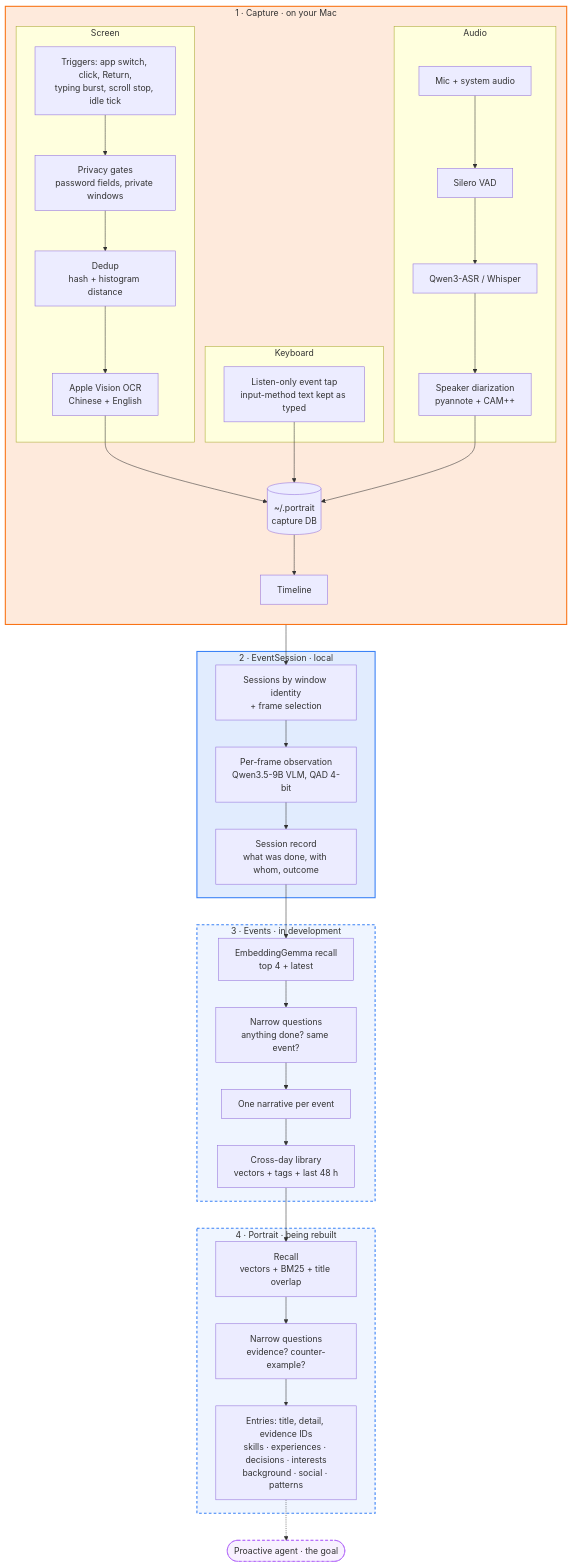
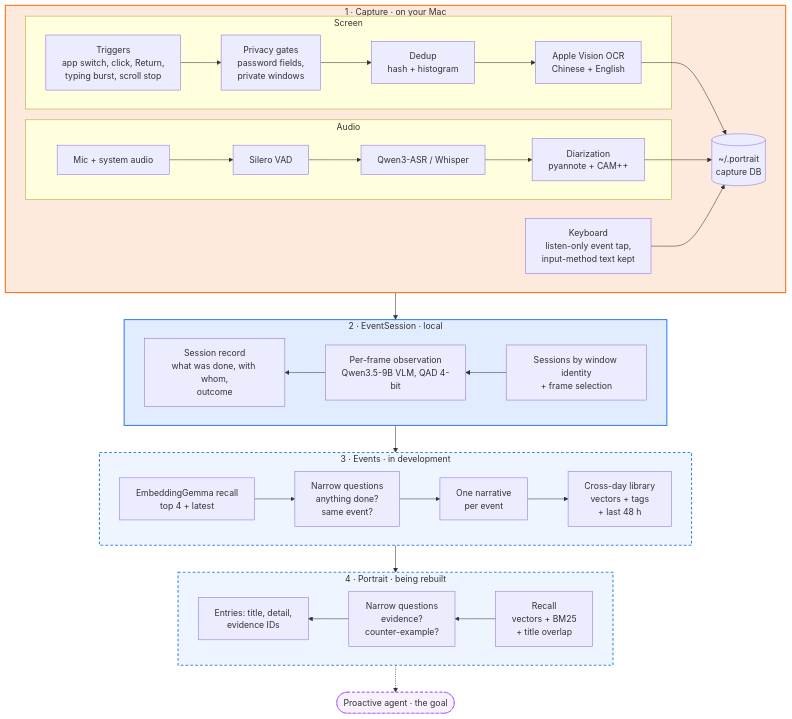
The diagram in README.md (joyzhang14-14/My-Portrait), drawn with Mermaid before and after one commit.

Commit message:
docs(readme): snake layout for the flowchart

````diff
--- a/README.md
+++ b/README.md
@@ -19,42 +19,39 @@
 ```mermaid
 flowchart TB
   subgraph CAP["1 · Capture · on your Mac"]
-    direction TB
+    direction LR
     subgraph SCR["Screen"]
-      T["Triggers: app switch, click, Return,<br/>typing burst, scroll stop, idle tick"] --> PG["Privacy gates<br/>password fields, private windows"] --> DD["Dedup<br/>hash + histogram distance"] --> OCR["Apple Vision OCR<br/>Chinese + English"]
-    end
-    subgraph KEY["Keyboard"]
-      K["Listen-only event tap<br/>input-method text kept as typed"]
+      T["Triggers<br/>app switch, click, Return,<br/>typing burst, scroll stop"] --> PG["Privacy gates<br/>password fields,<br/>private windows"] --> DD["Dedup<br/>hash + histogram"] --> OCR["Apple Vision OCR<br/>Chinese + English"]
     end
     subgraph AUD["Audio"]
-      M["Mic + system audio"] --> VAD["Silero VAD"] --> ASR["Qwen3-ASR / Whisper"] --> DZ["Speaker diarization<br/>pyannote + CAM++"]
+      M["Mic + system audio"] --> VAD["Silero VAD"] --> ASR["Qwen3-ASR / Whisper"] --> DZ["Diarization<br/>pyannote + CAM++"]
     end
+    K["Keyboard<br/>listen-only event tap,<br/>input-method text kept"]
     OCR --> DB[("~/.portrait<br/>capture DB")]
+    DZ --> DB
     K --> DB
-    DZ --> DB
-    DB --> TL["Timeline"]
   end
 
   subgraph ES["2 · EventSession · local"]
-    SP["Sessions by window identity<br/>+ frame selection"] --> OBS["Per-frame observation<br/>Qwen3.5-9B VLM, QAD 4-bit"] --> SR["Session record<br/>what was done, with whom, outcome"]
+    direction RL
+    SP["Sessions by window identity<br/>+ frame selection"] --> OBS["Per-frame observation<br/>Qwen3.5-9B VLM, QAD 4-bit"] --> SR["Session record<br/>what was done, with whom,<br/>outcome"]
   end
 
   subgraph EM["3 · Events · in development"]
-    R1["EmbeddingGemma recall<br/>top 4 + latest"] --> Q1["Narrow questions<br/>anything done? same event?"] --> W1["One narrative per event"] --> LIB["Cross-day library<br/>vectors + tags + last 48 h"]
+    direction LR
+    R1["EmbeddingGemma recall<br/>top 4 + latest"] --> Q1["Narrow questions<br/>anything done?<br/>same event?"] --> W1["One narrative<br/>per event"] --> LIB["Cross-day library<br/>vectors + tags<br/>+ last 48 h"]
   end
 
   subgraph PT["4 · Portrait · being rebuilt"]
-    R2["Recall<br/>vectors + BM25 + title overlap"] --> Q2["Narrow questions<br/>evidence? counter-example?"] --> W2["Entries: title, detail, evidence IDs<br/>skills · experiences · decisions · interests<br/>background · social · patterns"]
+    direction RL
+    R2["Recall<br/>vectors + BM25<br/>+ title overlap"] --> Q2["Narrow questions<br/>evidence?<br/>counter-example?"] --> W2["Entries: title, detail,<br/>evidence IDs"]
   end
 
-  DB --> SP
-  SR --> R1
-  LIB --> R2
-  W2 -.-> AG(["Proactive agent · the goal"])
+  CAP --> ES --> EM --> PT -.-> AG(["Proactive agent · the goal"])
 
   style CAP fill:#f9731626,stroke:#f97316,stroke-width:2px
   style ES fill:#3b82f626,stroke:#3b82f6,stroke-width:2px
   style EM fill:#3b82f614,stroke:#3b82f6,stroke-width:2px,stroke-dasharray:5 4
   style PT fill:#3b82f614,stroke:#3b82f6,stroke-width:2px,stroke-dasharray:5 4
   style AG fill:#a855f714,stroke:#a855f7,stroke-dasharray:5 4
 ```
````
